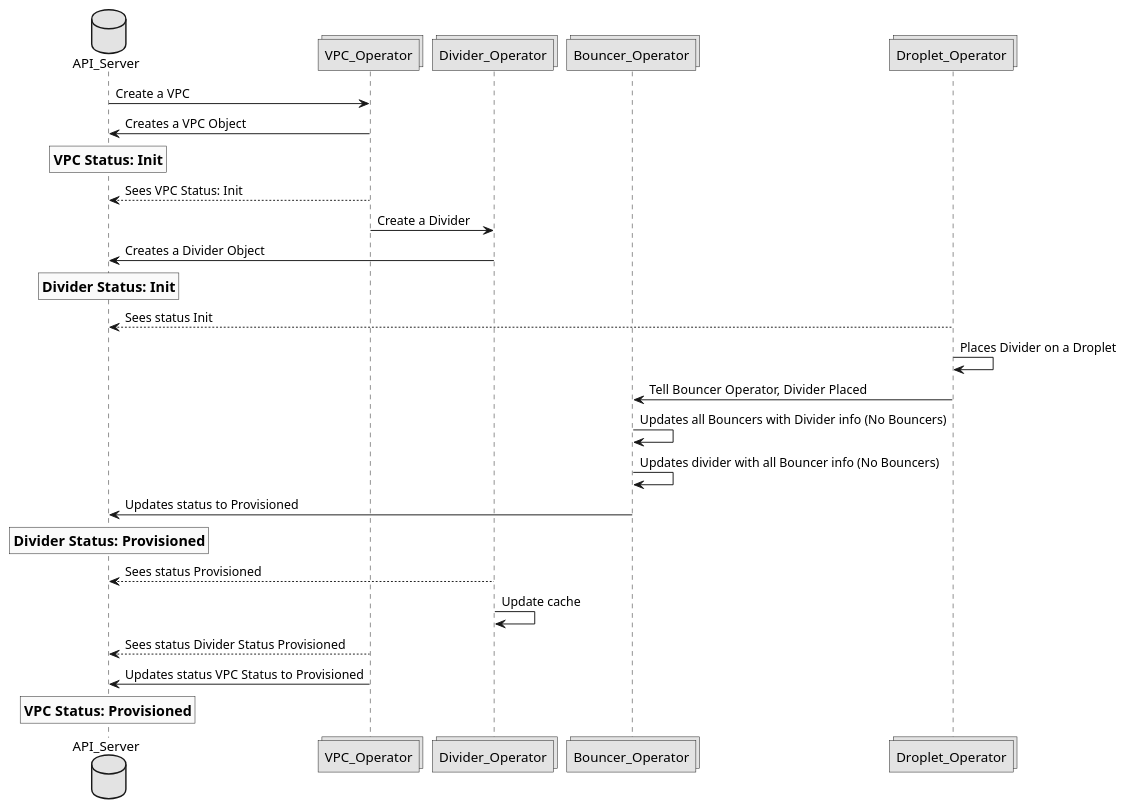
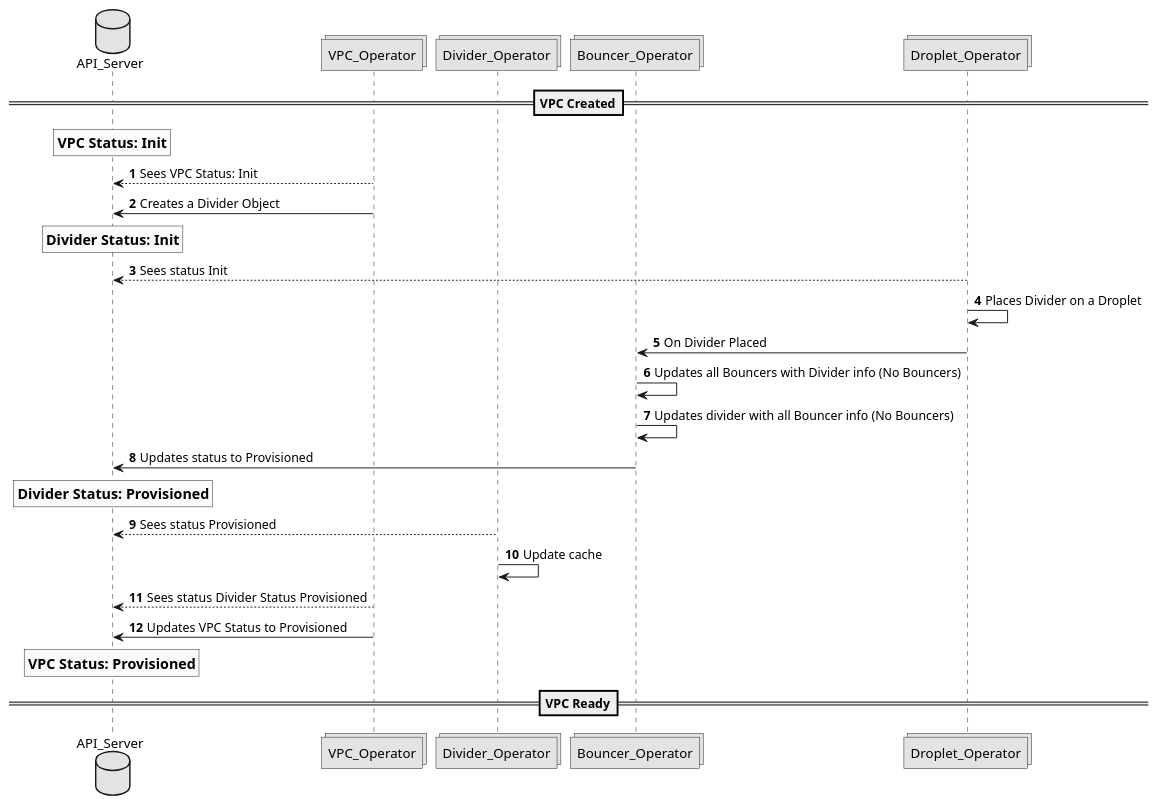
One commit to CentaurusInfra/mizar changed the diagram in Documentation/design/figures/create_vpc_workflow.puml. Above: the diagram before and after it, drawn with PlantUML. The commit also changed 6 other files, not shown here.

```diff
--- a/Documentation/design/figures/create_vpc_workflow.puml
+++ b/Documentation/design/figures/create_vpc_workflow.puml
@@ -1,33 +1,32 @@
 @startuml
 
 skinparam monochrome true
-
+autonumber
 database API_Server
 collections VPC_Operator
 collections Divider_Operator
 collections Bouncer_Operator
 collections Droplet_Operator
 
-API_Server -> VPC_Operator : Create a VPC
-VPC_Operator -> API_Server: Creates a VPC Object
+==VPC Created==
 rnote over API_Server: ==VPC Status: Init
 VPC_Operator --> API_Server: Sees VPC Status: Init
-VPC_Operator -> Divider_Operator: Create a Divider
-Divider_Operator -> API_Server: Creates a Divider Object
+VPC_Operator -> API_Server: Creates a Divider Object
 rnote over API_Server: ==Divider Status: Init
 
 Droplet_Operator --> API_Server: Sees status Init
 Droplet_Operator -> Droplet_Operator: Places Divider on a Droplet
-Droplet_Operator -> Bouncer_Operator: Tell Bouncer Operator, Divider Placed
+Droplet_Operator -> Bouncer_Operator: On Divider Placed
 
 Bouncer_Operator -> Bouncer_Operator: Updates all Bouncers with Divider info (No Bouncers)
 Bouncer_Operator -> Bouncer_Operator: Updates divider with all Bouncer info (No Bouncers)
 Bouncer_Operator -> API_Server: Updates status to Provisioned
 rnote over API_Server: ==Divider Status: Provisioned
 Divider_Operator --> API_Server: Sees status Provisioned
 Divider_Operator -> Divider_Operator: Update cache
 VPC_Operator --> API_Server : Sees status Divider Status Provisioned
-VPC_Operator -> API_Server : Updates status VPC Status to Provisioned
+VPC_Operator -> API_Server : Updates VPC Status to Provisioned
 rnote over API_Server: ==VPC Status: Provisioned
+==VPC Ready==
 
 @enduml
```
